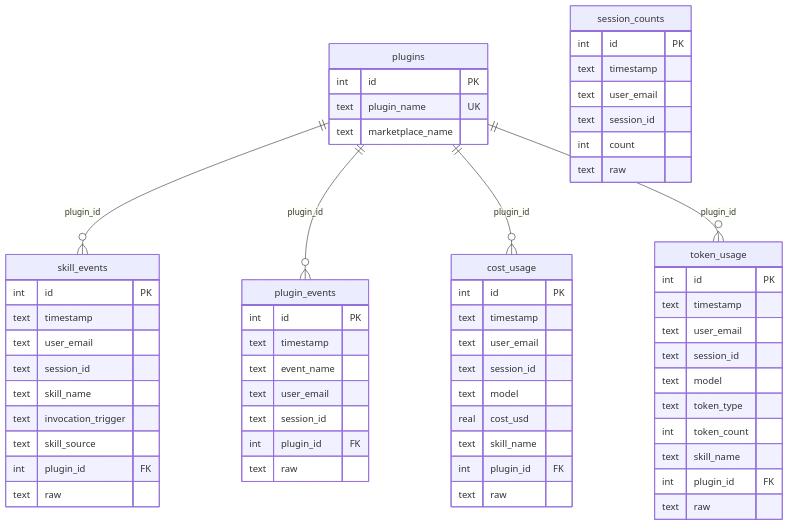
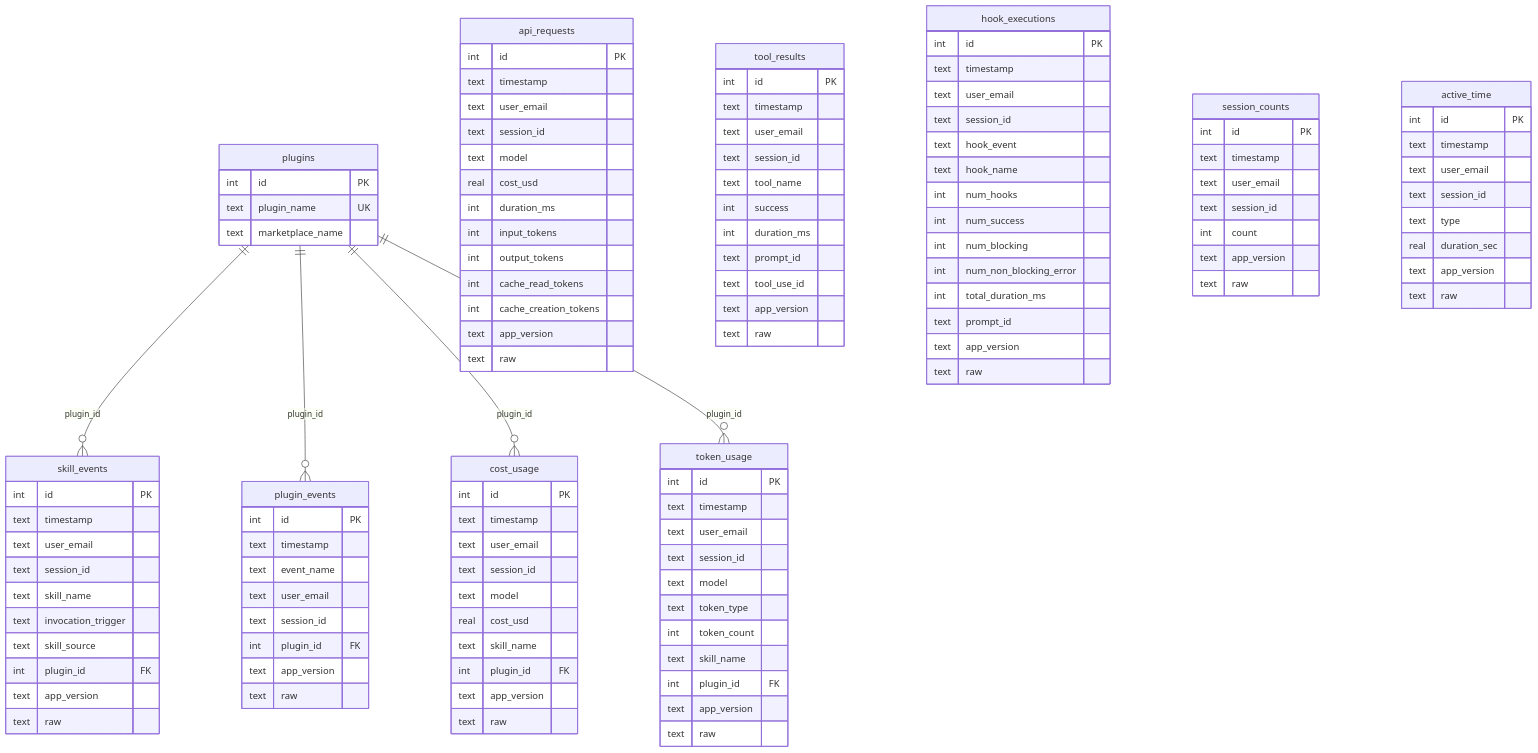
One commit to Suntory-N-Water/cc-monitor-worker changed the second of 2 diagrams in README.md. Above: the diagram before and after it, drawn with Mermaid. The commit also changed other lines of this file, not shown here.

Commit message:
chore: README.md を更新

```diff
--- a/README.md
+++ b/README.md
@@ -77,6 +89,7 @@
         text invocation_trigger
         text skill_source
         int plugin_id FK
+        text app_version
         text raw
     }
 
@@ -87,6 +100,54 @@
         text user_email
         text session_id
         int plugin_id FK
+        text app_version
+        text raw
+    }
+
+    api_requests {
+        int id PK
+        text timestamp
+        text user_email
+        text session_id
+        text model
+        real cost_usd
+        int duration_ms
+        int input_tokens
+        int output_tokens
+        int cache_read_tokens
+        int cache_creation_tokens
+        text app_version
+        text raw
+    }
+
+    tool_results {
+        int id PK
+        text timestamp
+        text user_email
+        text session_id
+        text tool_name
+        int success
+        int duration_ms
+        text prompt_id
+        text tool_use_id
+        text app_version
+        text raw
+    }
+
+    hook_executions {
+        int id PK
+        text timestamp
+        text user_email
+        text session_id
+        text hook_event
+        text hook_name
+        int num_hooks
+        int num_success
+        int num_blocking
+        int num_non_blocking_error
+        int total_duration_ms
+        text prompt_id
+        text app_version
         text raw
     }
 
@@ -99,6 +160,7 @@
         real cost_usd
         text skill_name
         int plugin_id FK
+        text app_version
         text raw
     }
 
@@ -112,6 +174,7 @@
         int token_count
         text skill_name
         int plugin_id FK
+        text app_version
         text raw
     }
 
@@ -121,6 +184,18 @@
         text user_email
         text session_id
         int count
+        text app_version
+        text raw
+    }
+
+    active_time {
+        int id PK
+        text timestamp
+        text user_email
+        text session_id
+        text type
+        real duration_sec
+        text app_version
         text raw
     }
 
```
